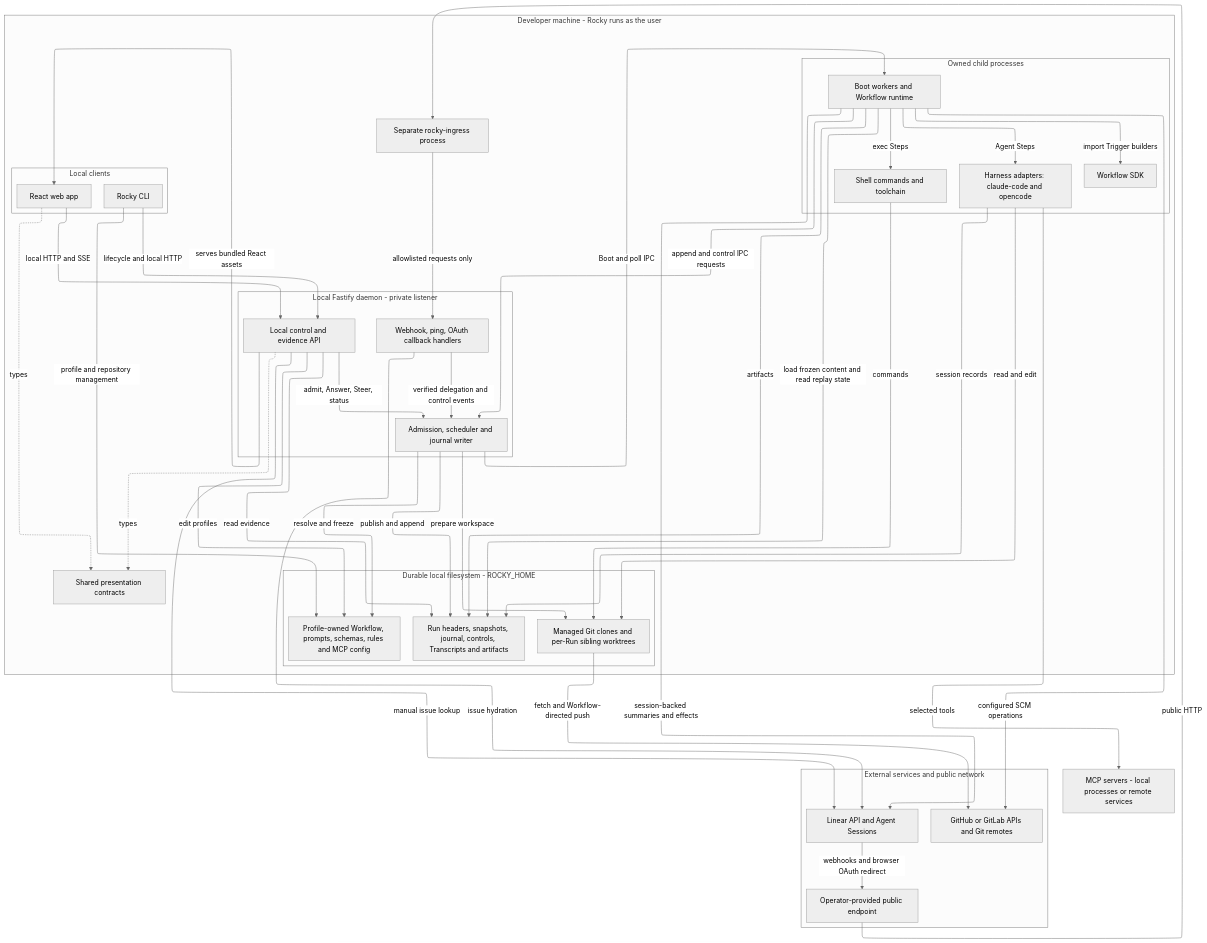
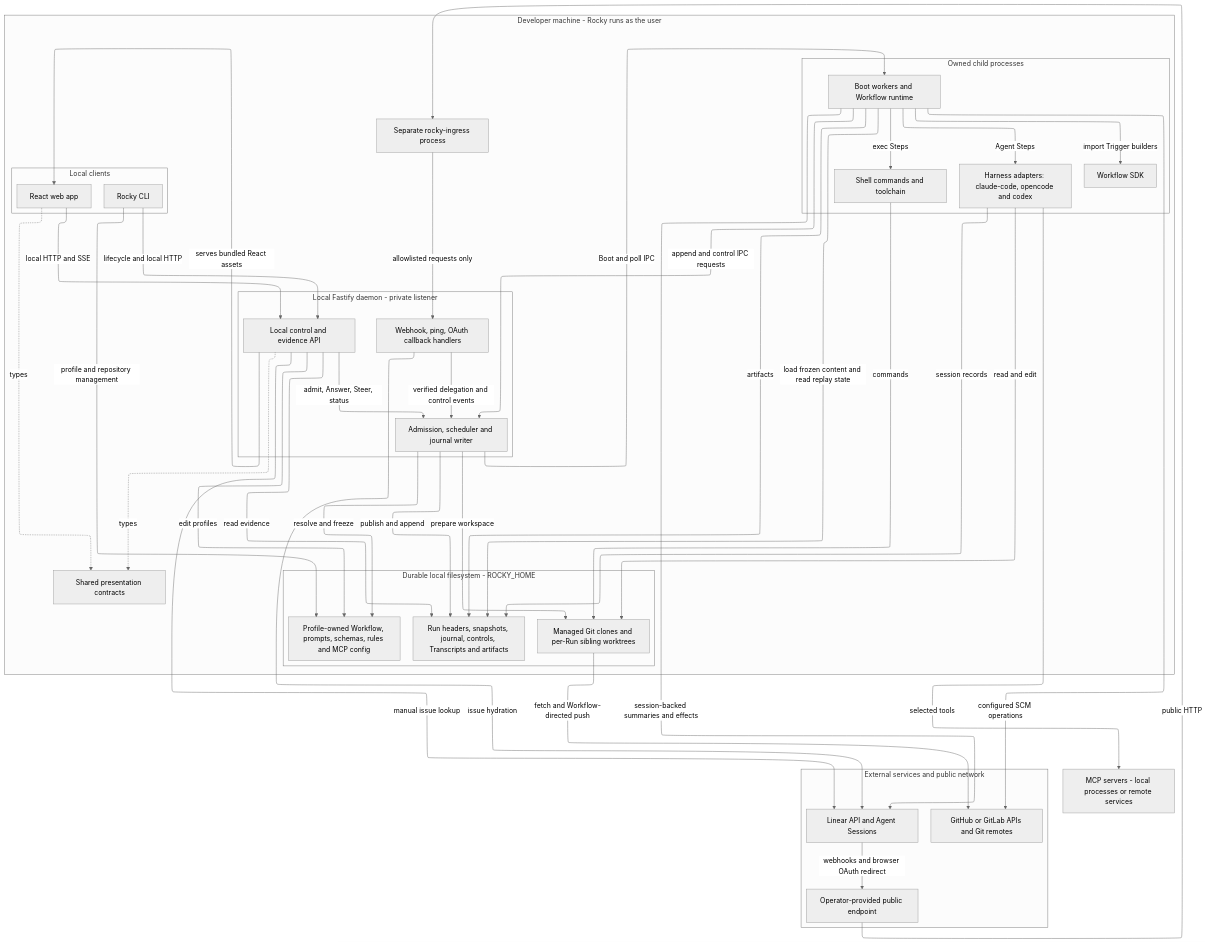
The first of 2 diagrams in docs/architecture.md (JappyMondo/rocky), drawn with Mermaid (neutral theme) before and after one commit. The commit also changed 37 other files, not shown here.

First line of the commit message:
Add Codex CLI harness support

````diff
--- a/docs/architecture.md
+++ b/docs/architecture.md
@@ -24,69 +24,69 @@
 ```mermaid
 ---
 config:
   layout: elk
 ---
 flowchart TB
   subgraph external[External services and public network]
     linear[Linear API and Agent Sessions]
     scm[GitHub or GitLab APIs and Git remotes]
     tunnel[Operator-provided public endpoint]
   end
   subgraph machine[Developer machine - Rocky runs as the user]
     subgraph clients[Local clients]
       cli[Rocky CLI]
       web[React web app]
     end
     contracts[Shared presentation contracts]
     ingress[Separate rocky-ingress process]
     subgraph daemon[Local Fastify daemon - private listener]
       publicRoutes[Webhook, ping, OAuth callback handlers]
       api[Local control and evidence API]
       scheduler[Admission, scheduler and journal writer]
     end
     subgraph children[Owned child processes]
       boot[Boot workers and Workflow runtime]
       sdk[Workflow SDK]
-      harness[Harness adapters: claude-code and opencode]
+      harness[Harness adapters: claude-code, opencode and codex]
       shell[Shell commands and toolchain]
     end
     subgraph disk[Durable local filesystem - ROCKY_HOME]
       profiles[Profile-owned Workflow, prompts, schemas, rules and MCP config]
       storage[Run headers, snapshots, journal, controls, Transcripts and artifacts]
       git[Managed Git clones and per-Run sibling worktrees]
     end
   end
   mcp[MCP servers - local processes or remote services]
   linear -->|webhooks and browser OAuth redirect| tunnel
   tunnel -->|public HTTP| ingress
   ingress -->|allowlisted requests only| publicRoutes
   publicRoutes -->|verified delegation and control events| scheduler
   cli -->|lifecycle and local HTTP| api
   cli -->|profile and repository management| profiles
   web -->|local HTTP and SSE| api
   api -->|serves bundled React assets| web
   web -.->|types| contracts
   api -.->|types| contracts
   api -->|admit, Answer, Steer, status| scheduler
   api -->|read evidence| storage
   api -->|edit profiles| profiles
   scheduler -->|resolve and freeze| profiles
   scheduler -->|publish and append| storage
   scheduler -->|prepare workspace| git
   scheduler -->|Boot and poll IPC| boot
   boot -->|append and control IPC requests| scheduler
   boot -->|load frozen content and read replay state| storage
   boot -->|import Trigger builders| sdk
   boot -->|Agent Steps| harness
   boot -->|exec Steps| shell
   harness -->|read and edit| git
   shell -->|commands| git
   harness -->|selected tools| mcp
   harness -->|session records| storage
   boot -->|artifacts| storage
   publicRoutes -->|issue hydration| linear
   api -->|manual issue lookup| linear
   boot -->|session-backed summaries and effects| linear
   boot -->|configured SCM operations| scm
   git -->|fetch and Workflow-directed push| scm
 ```
````
